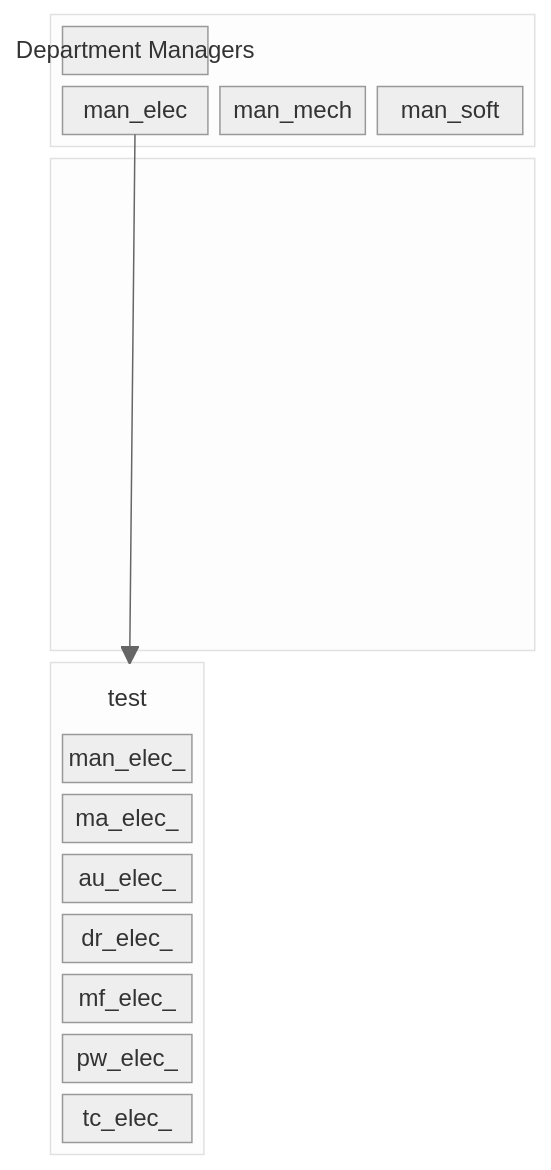
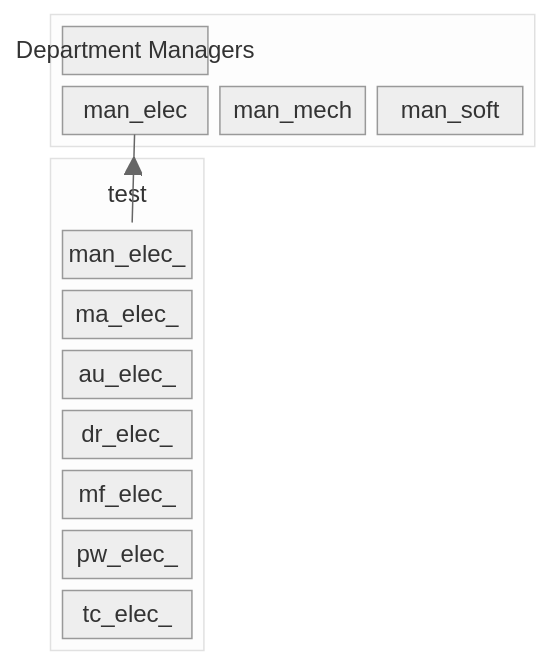
One commit to FooGiGo-Org/.github changed the diagram in README.md. Above: the diagram before and after it, drawn with Mermaid (neutral theme).

Commit message:
Remove empty block section from README
Removed empty block section from README.

````diff
--- a/README.md
+++ b/README.md
@@ -1,30 +1,26 @@
 ```mermaid
 ---
 title: SCRB Matrix Organization
 ---
 block
     columns 3
     block:test:3
         columns 3
         man["Department Managers"]:3
         man_elec man_mech man_soft
-    end
-    block:empty:3
-        %% columns auto (default)
-        space
     end
     block:meme:1
         columns 1
         uct("test")
         man_elec_
         ma_elec_
         au_elec_
         dr_elec_
         mf_elec_
         pw_elec_
         tc_elec_
     end
     man_elec --> meme
 class uct BT
 classDef BT stroke:transparent,fill:transparent
 ```
````
